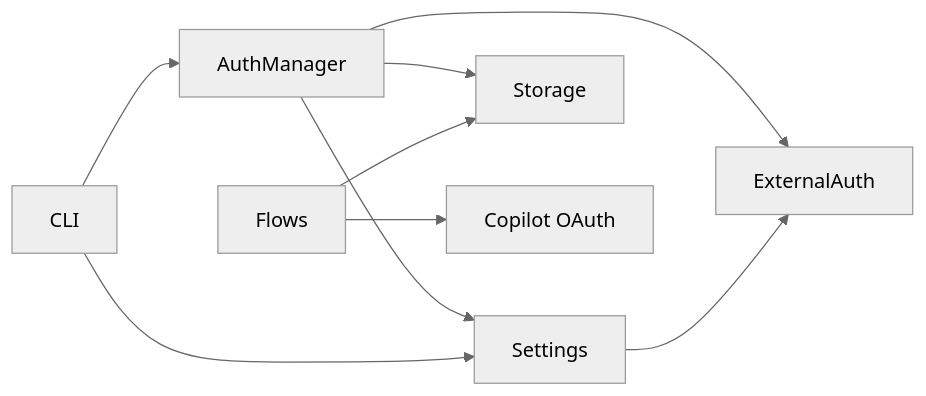
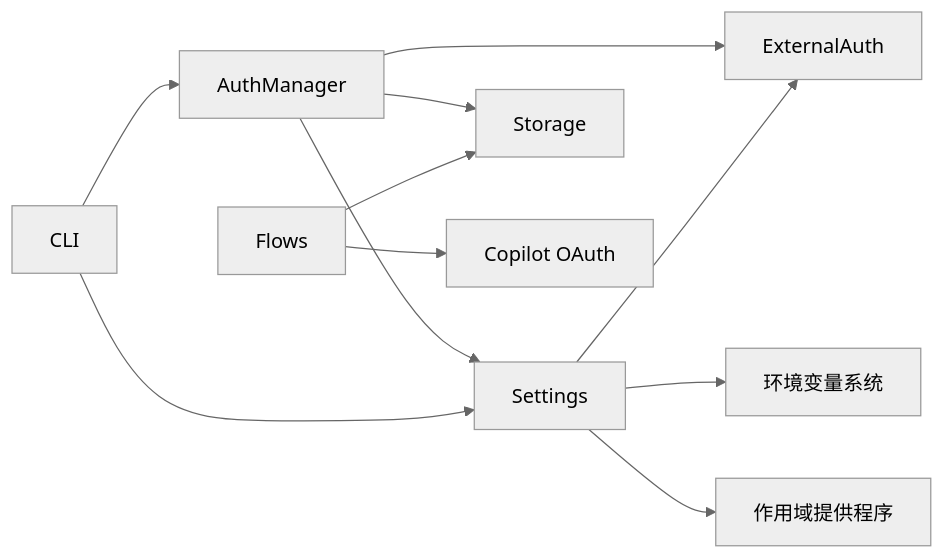
Before and after one commit to haolange/OpenHarness: the eighth of 8 diagrams in .qoder/repowiki/zh/content/AI 提供商集成/认证管理.md, drawn with Mermaid (neutral theme). The commit also changed other lines of this file and 5 other files, not shown here.

````diff
--- a/.qoder/repowiki/zh/content/AI 提供商集成/认证管理.md
+++ b/.qoder/repowiki/zh/content/AI 提供商集成/认证管理.md
@@ -327,11 +391,13 @@
 ```mermaid
 graph LR
 AM["AuthManager"] --> CFG["Settings"]
 AM --> ST["Storage"]
 AM --> EXT["ExternalAuth"]
 FLOW["Flows"] --> ST
 FLOW --> COPILOT["Copilot OAuth"]
 CFG --> EXT
+CFG --> ENV["环境变量系统"]
+CFG --> SCOPE["作用域提供程序"]
 CLI["CLI"] --> AM
 CLI --> CFG
 ```
````
